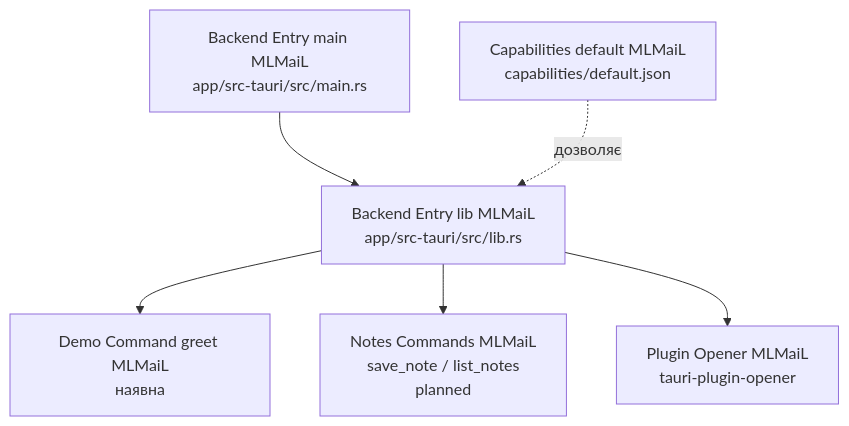
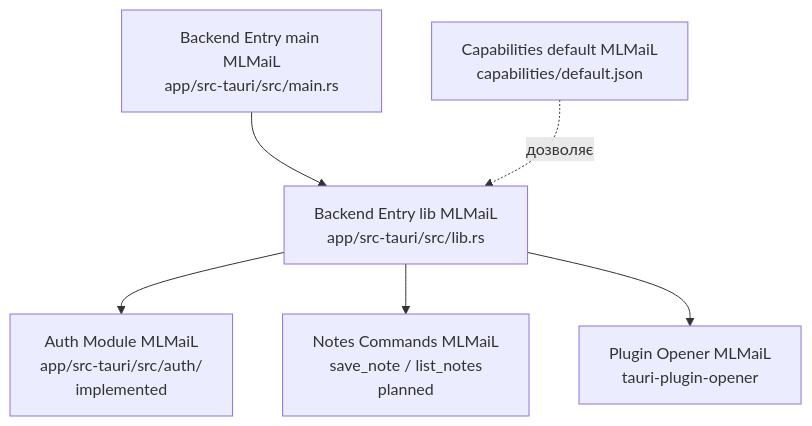
Before and after one commit to vitaliytv/mlmail: the second of 2 diagrams in docs/ci4/03-components.md, drawn with Mermaid. The commit also changed other lines of this file and 41 other files, not shown here.

````diff
--- a/docs/ci4/03-components.md
+++ b/docs/ci4/03-components.md
@@ -190,15 +207,15 @@
 ```mermaid
 graph TB
     EntryMain[Backend Entry main MLMaiL<br/>app/src-tauri/src/main.rs]
     EntryLib[Backend Entry lib MLMaiL<br/>app/src-tauri/src/lib.rs]
-    Greet[Demo Command greet MLMaiL<br/>наявна]
+    AuthMod[Auth Module MLMaiL<br/>app/src-tauri/src/auth/<br/>implemented]
     NotesCmd[Notes Commands MLMaiL<br/>save_note / list_notes<br/>planned]
     Opener[Plugin Opener MLMaiL<br/>tauri-plugin-opener]
     Capabilities[Capabilities default MLMaiL<br/>capabilities/default.json]
 
     EntryMain --> EntryLib
-    EntryLib --> Greet
+    EntryLib --> AuthMod
     EntryLib --> NotesCmd
     EntryLib --> Opener
     Capabilities -. дозволяє .-> EntryLib
 ```
````
